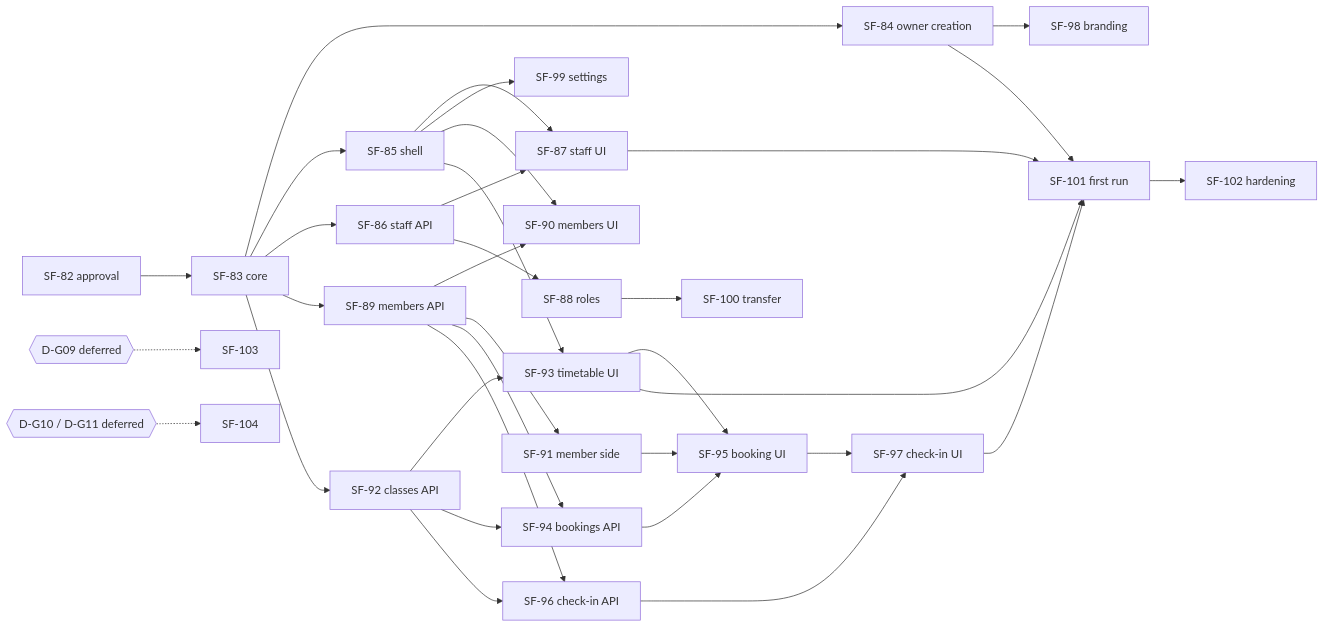
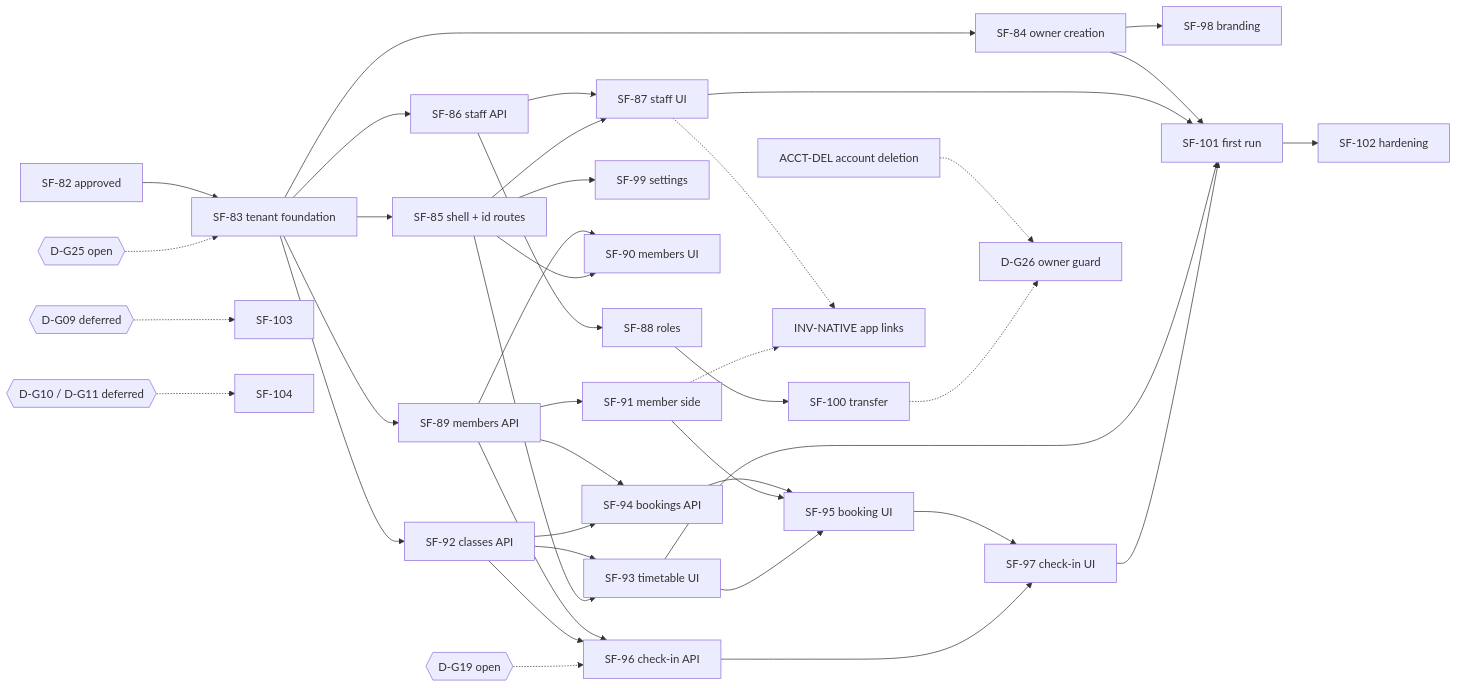
One commit to EugeniBykovski/simplefit-api changed the diagram in docs/architecture/proposals/SF-82-gym/09-dependency-matrix.md. Above: the diagram before and after it, drawn with Mermaid. The commit also changed other lines of this file and 14 other files, not shown here.

First line of the commit message:
docs: SF-82 - record final gym architecture approval

````diff
--- a/docs/architecture/proposals/SF-82-gym/09-dependency-matrix.md
+++ b/docs/architecture/proposals/SF-82-gym/09-dependency-matrix.md
@@ -55,36 +64,42 @@
 ```mermaid
 flowchart LR
-  S82[SF-82 approval] --> S83[SF-83 core]
+  S82[SF-82 approved] --> S83[SF-83 tenant foundation]
   S83 --> S84[SF-84 owner creation]
-  S83 --> S85[SF-85 shell]
+  S83 --> S85[SF-85 shell + id routes]
   S83 --> S86[SF-86 staff API]
   S83 --> S89[SF-89 members API]
   S83 --> S92[SF-92 classes API]
   S86 --> S87[SF-87 staff UI]
   S85 --> S87
   S86 --> S88[SF-88 roles]
   S88 --> S100[SF-100 transfer]
   S84 --> S98[SF-98 branding]
   S85 --> S99[SF-99 settings]
   S89 --> S90[SF-90 members UI]
   S85 --> S90
   S89 --> S91[SF-91 member side]
   S92 --> S93[SF-93 timetable UI]
   S85 --> S93
   S89 --> S94[SF-94 bookings API]
   S92 --> S94
   S94 --> S95[SF-95 booking UI]
   S91 --> S95
   S93 --> S95
   S89 --> S96[SF-96 check-in API]
   S92 --> S96
   S95 --> S97[SF-97 check-in UI]
   S96 --> S97
   S84 --> S101[SF-101 first run]
   S87 --> S101
   S93 --> S101
   S97 --> S101
   S101 --> S102[SF-102 hardening]
+  AD[ACCT-DEL account deletion] -.-> G26[D-G26 owner guard]
+  S100 -.-> G26
+  S87 -.-> IN[INV-NATIVE app links]
+  S91 -.-> IN
+  DG19{{D-G19 open}} -.-> S96
+  DG25{{D-G25 open}} -.-> S83
   D09{{D-G09 deferred}} -.-> S103[SF-103]
   D10{{D-G10 / D-G11 deferred}} -.-> S104[SF-104]
 ```
````
